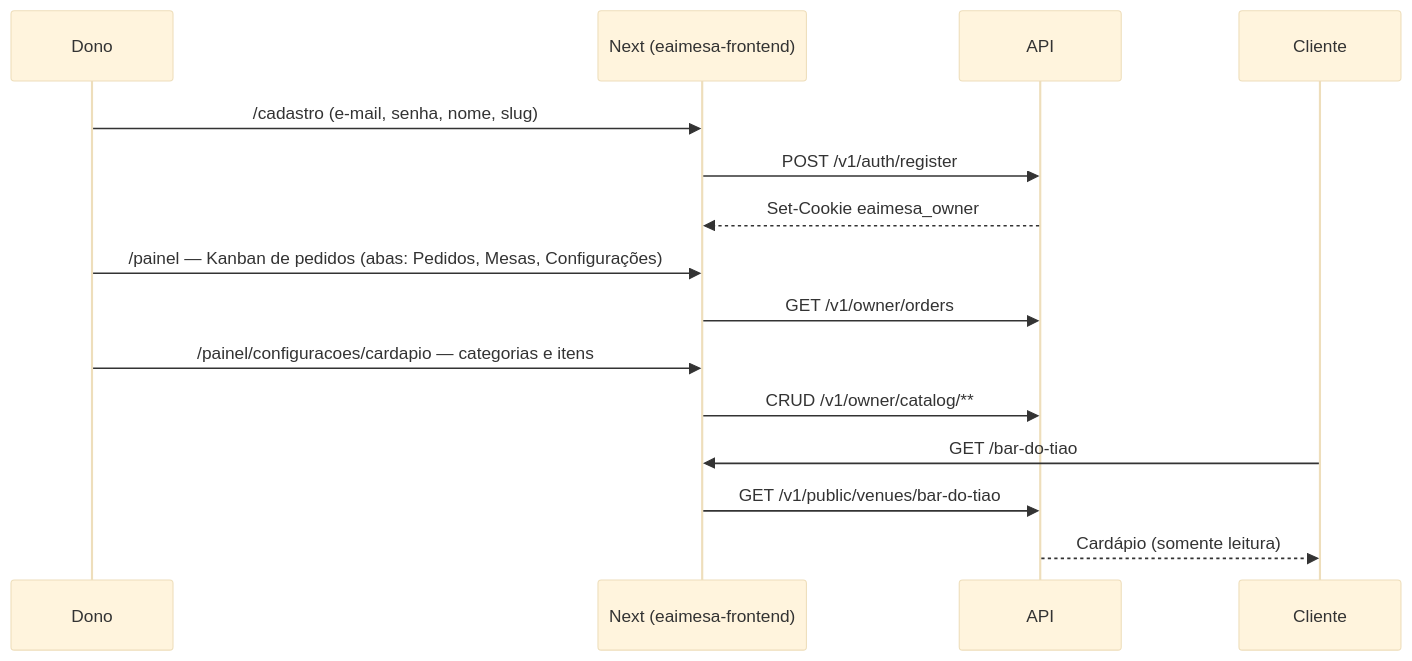
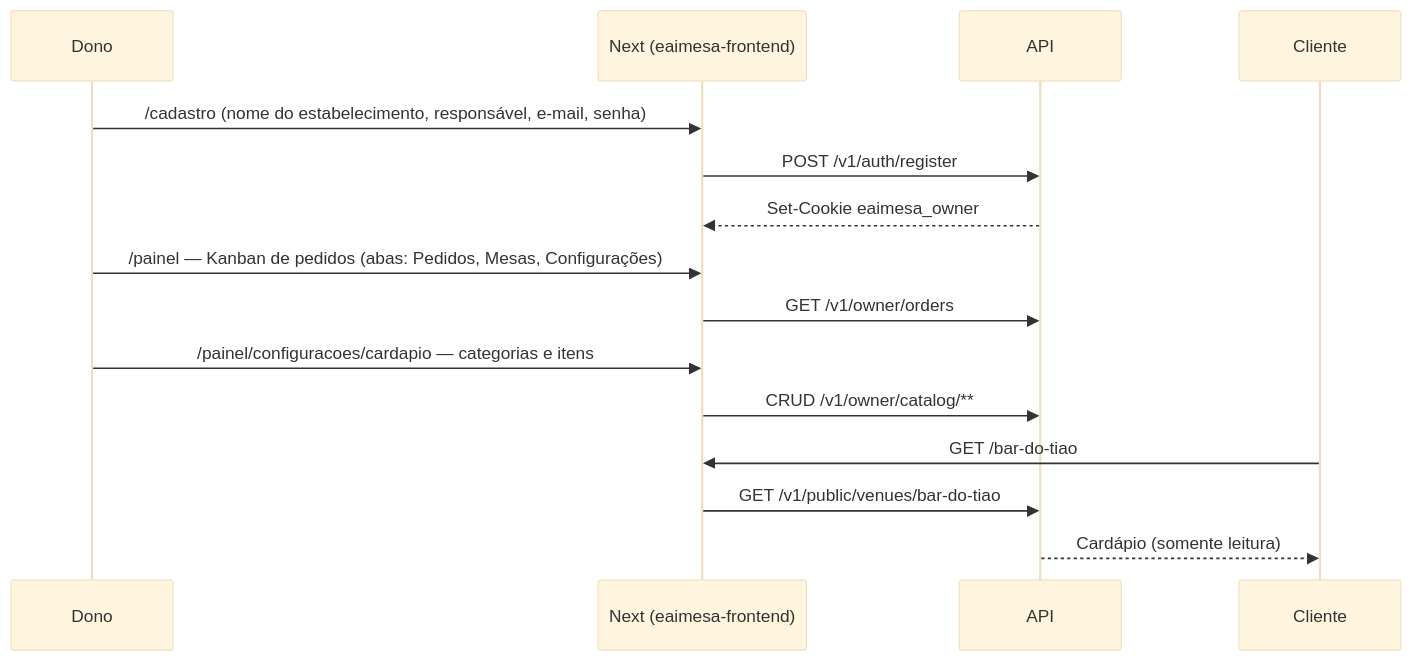
The first of 7 diagrams in docs/product/fluxos.md (filiperamosds/eaimesa-frontend), drawn with Mermaid (base theme) before and after one commit. The commit also changed other lines of this file and 18 other files, not shown here.

First line of the commit message:
Cadastro: URL gerada do nome e responsável com CPF

````diff
--- a/docs/product/fluxos.md
+++ b/docs/product/fluxos.md
@@ -7,18 +7,18 @@
 ```mermaid
 sequenceDiagram
   participant D as Dono
   participant W as Next (eaimesa-frontend)
   participant API as API
   participant C as Cliente
 
-  D->>W: /cadastro (e-mail, senha, nome, slug)
+  D->>W: /cadastro (nome do estabelecimento, responsável, e-mail, senha)
   W->>API: POST /v1/auth/register
   API-->>W: Set-Cookie eaimesa_owner
   D->>W: /painel — Kanban de pedidos (abas: Pedidos, Mesas, Configurações)
   W->>API: GET /v1/owner/orders
   D->>W: /painel/configuracoes/cardapio — categorias e itens
   W->>API: CRUD /v1/owner/catalog/**
   C->>W: GET /bar-do-tiao
   W->>API: GET /v1/public/venues/bar-do-tiao
   API-->>C: Cardápio (somente leitura)
 ```
````
